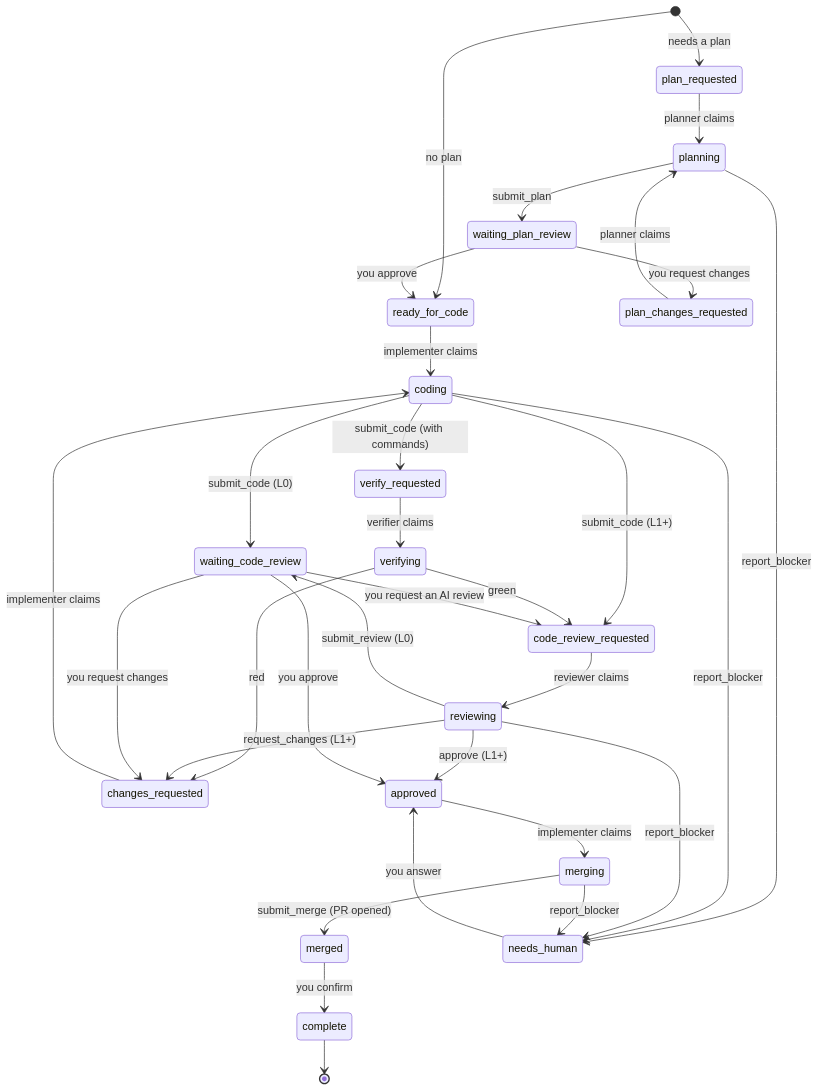
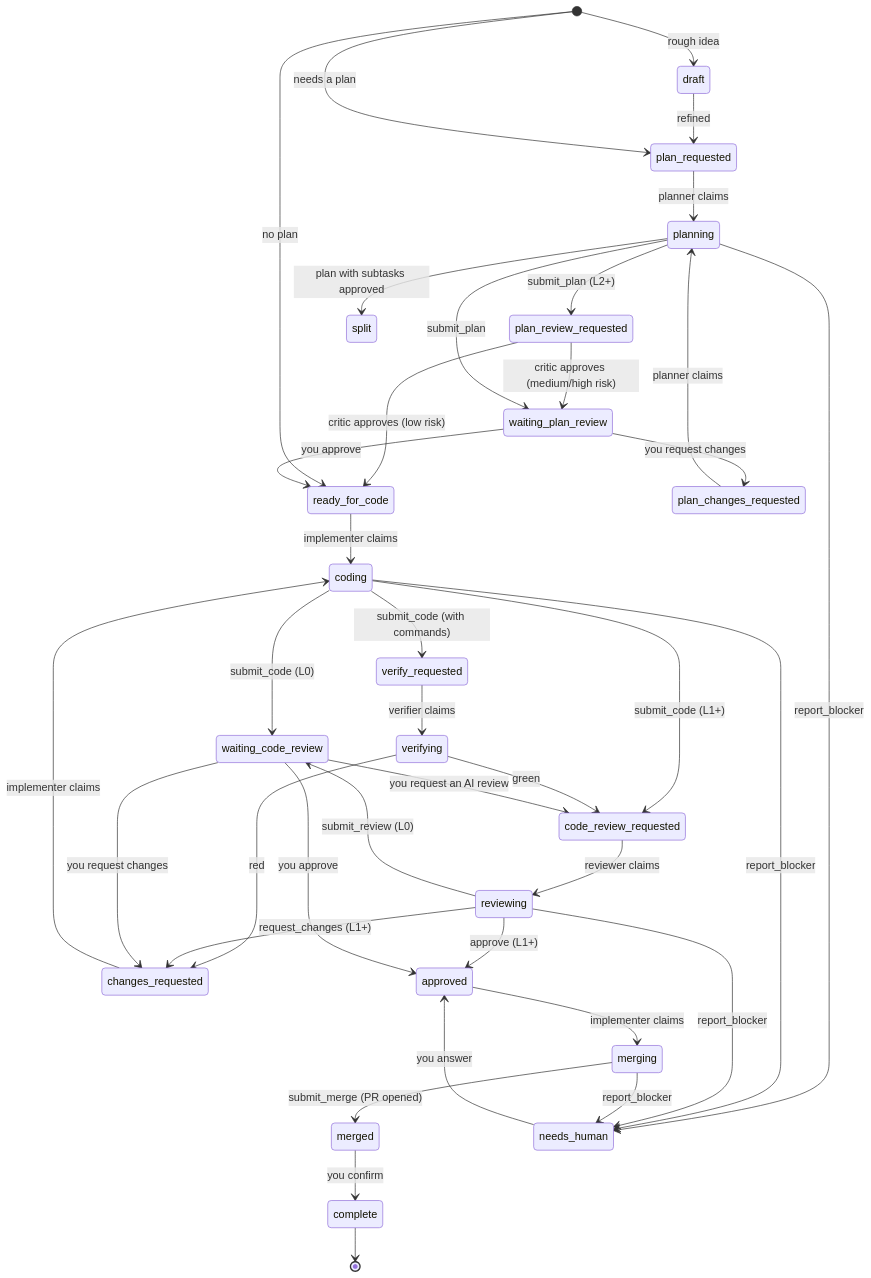
Before and after one commit to sergiowero/agent-task-queue: the second of 2 diagrams in README.md, drawn with Mermaid. The commit also changed other lines of this file and 44 other files, not shown here.

First line of the commit message:
feat(planning): AI plan critique, new roles, subtasks and drafts (phase 4)

````diff
--- a/README.md
+++ b/README.md
@@ -151,34 +151,40 @@
 ```mermaid
 stateDiagram-v2
+    [*] --> draft: rough idea
+    draft --> plan_requested: refined
     [*] --> plan_requested: needs a plan
+    planning --> plan_review_requested: submit_plan (L2+)
+    plan_review_requested --> ready_for_code: critic approves (low risk)
+    plan_review_requested --> waiting_plan_review: critic approves (medium/high risk)
+    planning --> split: plan with subtasks approved
     [*] --> ready_for_code: no plan
     plan_requested --> planning: planner claims
     planning --> waiting_plan_review: submit_plan
     waiting_plan_review --> ready_for_code: you approve
     waiting_plan_review --> plan_changes_requested: you request changes
     plan_changes_requested --> planning: planner claims
     ready_for_code --> coding: implementer claims
     coding --> waiting_code_review: submit_code (L0)
     coding --> code_review_requested: submit_code (L1+)
     coding --> verify_requested: submit_code (with commands)
     verify_requested --> verifying: verifier claims
     verifying --> code_review_requested: green
     verifying --> changes_requested: red
     reviewing --> approved: approve (L1+)
     reviewing --> changes_requested: request_changes (L1+)
     waiting_code_review --> code_review_requested: you request an AI review
     code_review_requested --> reviewing: reviewer claims
     reviewing --> waiting_code_review: submit_review (L0)
     waiting_code_review --> changes_requested: you request changes
     changes_requested --> coding: implementer claims
     waiting_code_review --> approved: you approve
     approved --> merging: implementer claims
     merging --> merged: submit_merge (PR opened)
     merged --> complete: you confirm
     complete --> [*]
     planning --> needs_human: report_blocker
     coding --> needs_human: report_blocker
     reviewing --> needs_human: report_blocker
     merging --> needs_human: report_blocker
     needs_human --> approved: you answer
 ```
````
